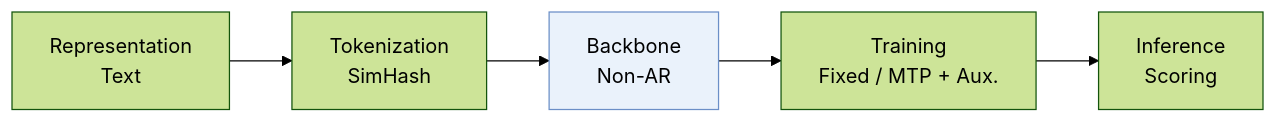
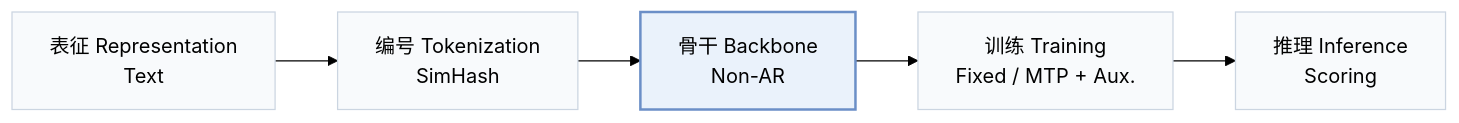
One commit to Galaxy-ghost/Awesome-SID-Generative-Rec changed the first of 2 diagrams in pages/zh/papers/flash.md. Above: the diagram before and after it, drawn with Mermaid (forest theme). The commit also changed other lines of this file and 649 other files, not shown here.

Commit message:
writer-05: also tags and modality index (schema, check, build, visuals); summary field removed; calibration data for 12 papers

````diff
--- a/pages/zh/papers/flash.md
+++ b/pages/zh/papers/flash.md
@@ -13,6 +15,8 @@
 ```mermaid
 flowchart LR
-    R["Representation<br/>Text"] --> T["Tokenization<br/>SimHash"] --> B["Backbone<br/>Non-AR"] --> TR["Training<br/>Fixed / MTP + Aux."] --> I["Inference<br/>Scoring"]
-    classDef main fill:#eaf2fb,stroke:#6b8fc7
+    R["表征 Representation<br/>Text"] --> T["编号 Tokenization<br/>SimHash"] --> B["骨干 Backbone<br/>Non-AR"] --> TR["训练 Training<br/>Fixed / MTP + Aux."] --> I["推理 Inference<br/>Scoring"]
+    classDef base fill:#f8fafc,stroke:#cbd5e1
+    class R,T,B,TR,I base
+    classDef main fill:#eaf2fb,stroke:#6b8fc7,stroke-width:2px
     class B main
 ```
````
